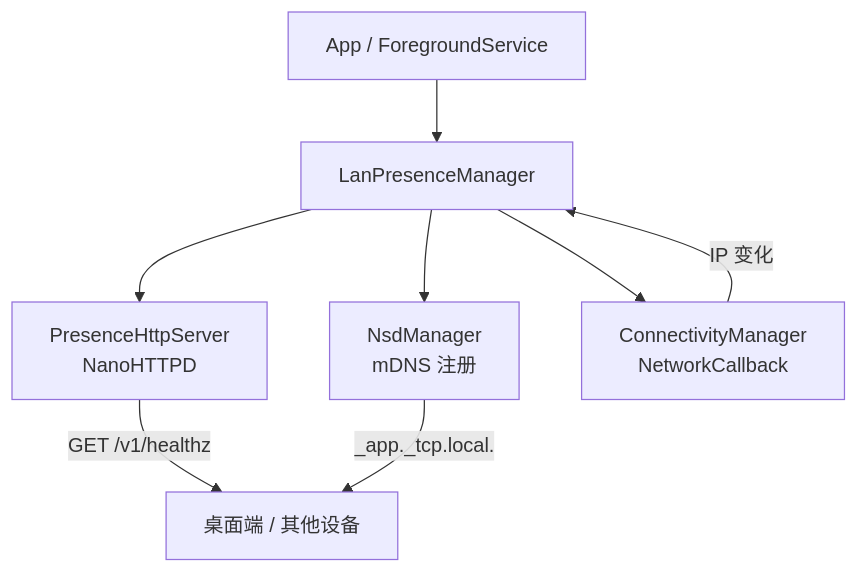
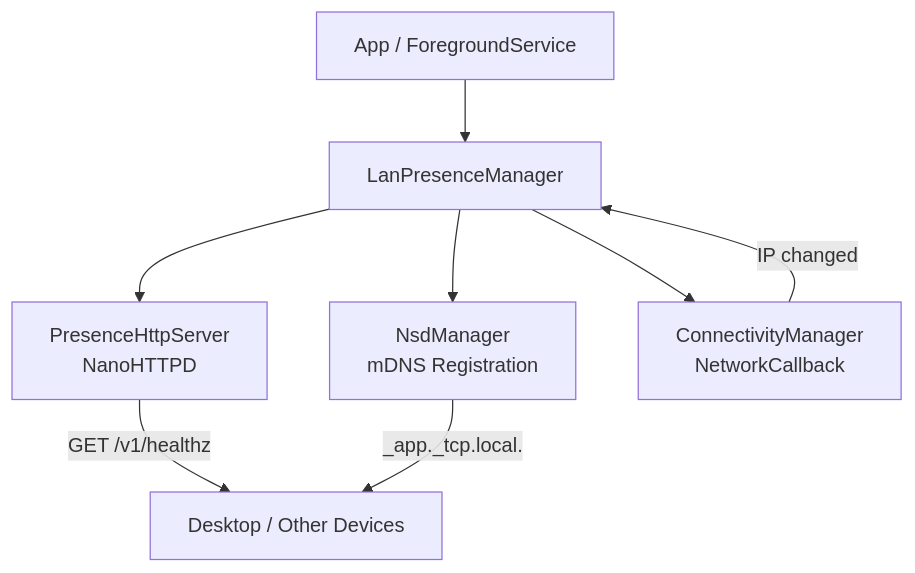
The diagram in README.md (szgenle/lan-beacon), drawn with Mermaid before and after one commit. The commit also changed other lines of this file and 5 other files, not shown here.

````diff
--- a/README.md
+++ b/README.md
@@ -210,10 +202,10 @@
 ```mermaid
 graph TB
     A[App / ForegroundService] --> B[LanPresenceManager]
     B --> C[PresenceHttpServer<br/>NanoHTTPD]
-    B --> D[NsdManager<br/>mDNS 注册]
+    B --> D[NsdManager<br/>mDNS Registration]
     B --> E[ConnectivityManager<br/>NetworkCallback]
-    E -->|IP 变化| B
-    C -->|GET /v1/healthz| F[桌面端 / 其他设备]
+    E -->|IP changed| B
+    C -->|GET /v1/healthz| F[Desktop / Other Devices]
     D -->|_app._tcp.local.| F
 ```
````
